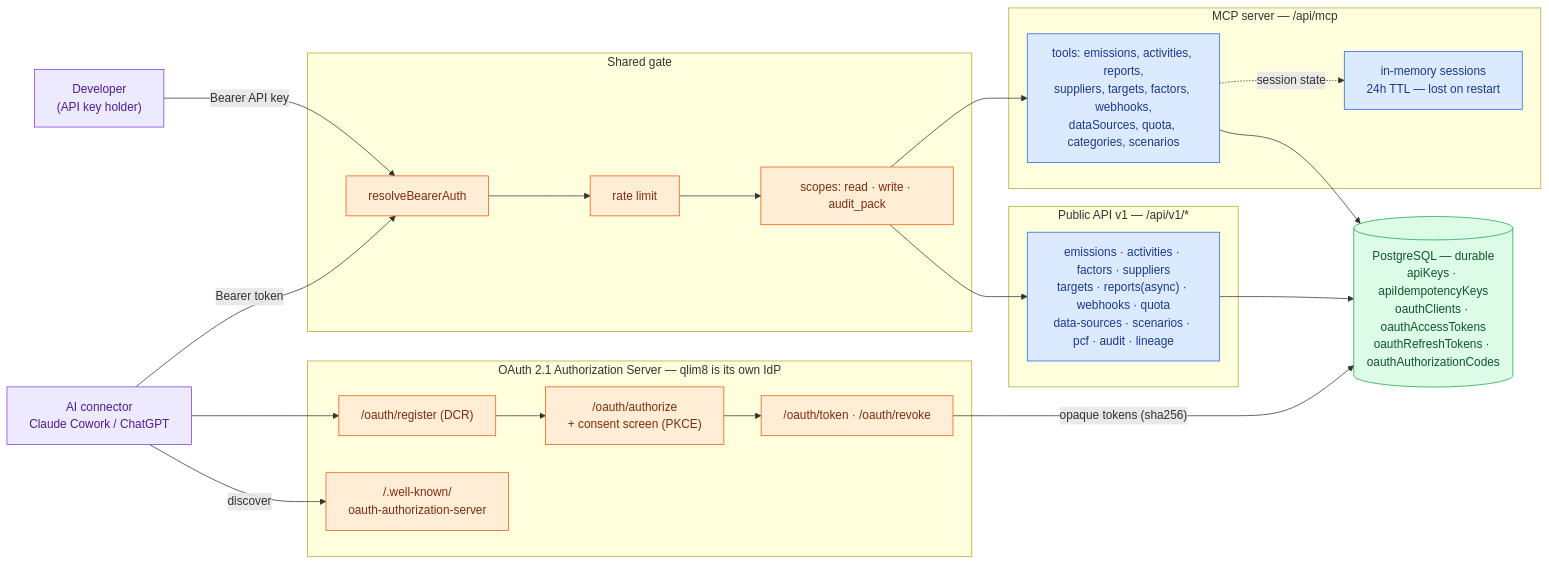
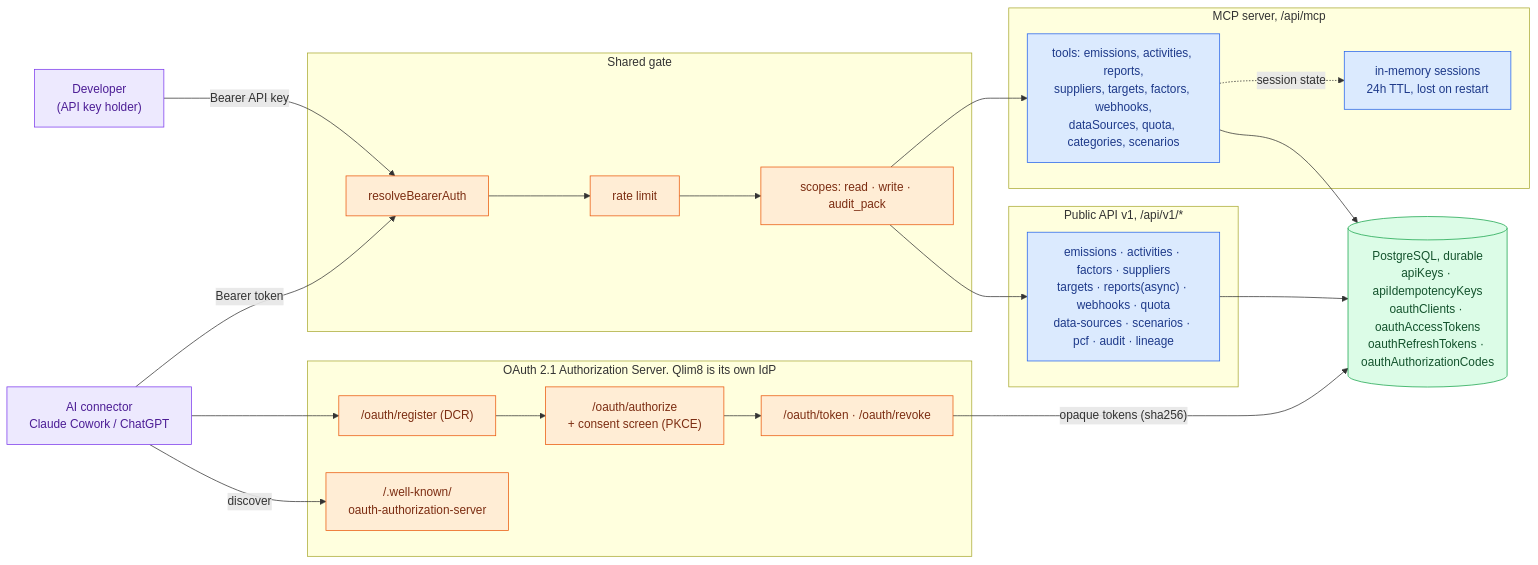
Before and after one commit to madsdlund-nielsen/qlim8-landing: the third of 12 diagrams in docs/da/architecture/system-architecture.md, drawn with Mermaid. The commit also changed other lines of this file and 93 other files, not shown here.

````diff
--- a/docs/da/architecture/system-architecture.md
+++ b/docs/da/architecture/system-architecture.md
@@ -213,50 +213,50 @@
 ```mermaid
 flowchart LR
   dev["Developer<br/>(API key holder)"]
   connector["AI connector<br/>Claude Cowork / ChatGPT"]
 
-  subgraph as["OAuth 2.1 Authorization Server — qlim8 is its own IdP"]
+  subgraph as["OAuth 2.1 Authorization Server. Qlim8 is its own IdP"]
     disc["/.well-known/<br/>oauth-authorization-server"]
     reg["/oauth/register (DCR)"]
     authz["/oauth/authorize<br/>+ consent screen (PKCE)"]
     token["/oauth/token · /oauth/revoke"]
   end
 
   subgraph shared["Shared gate"]
     bearer["resolveBearerAuth"]
     rl["rate limit"]
     scopes["scopes: read · write · audit_pack"]
   end
 
-  subgraph v1["Public API v1 — /api/v1/*"]
+  subgraph v1["Public API v1, /api/v1/*"]
     v1r["emissions · activities · factors · suppliers<br/>targets · reports(async) · webhooks · quota<br/>data-sources · scenarios · pcf · audit · lineage"]
   end
 
-  subgraph mcp["MCP server — /api/mcp"]
+  subgraph mcp["MCP server, /api/mcp"]
     mcptools["tools: emissions, activities, reports,<br/>suppliers, targets, factors, webhooks,<br/>dataSources, quota, categories, scenarios"]
-    mcpsess["in-memory sessions<br/>24h TTL — lost on restart"]
+    mcpsess["in-memory sessions<br/>24h TTL, lost on restart"]
   end
 
-  pg[("PostgreSQL — durable<br/>apiKeys · apiIdempotencyKeys<br/>oauthClients · oauthAccessTokens<br/>oauthRefreshTokens · oauthAuthorizationCodes")]
+  pg[("PostgreSQL, durable<br/>apiKeys · apiIdempotencyKeys<br/>oauthClients · oauthAccessTokens<br/>oauthRefreshTokens · oauthAuthorizationCodes")]
 
   dev -->|"Bearer API key"| bearer
   connector -->|discover| disc
   connector --> reg --> authz --> token
   token -->|"opaque tokens (sha256)"| pg
   connector -->|"Bearer token"| bearer
   bearer --> rl --> scopes
   scopes --> v1r
   scopes --> mcptools
   v1r --> pg
   mcptools --> pg
   mcptools -. session state .-> mcpsess
 
   classDef internal fill:#dbeafe,stroke:#2563eb,color:#1e3a8a;
   classDef store fill:#dcfce7,stroke:#16a34a,color:#14532d;
   classDef security fill:#ffedd5,stroke:#ea580c,color:#7c2d12;
   classDef persona fill:#ede9fe,stroke:#7c3aed,color:#4c1d95;
   class dev,connector persona;
   class disc,reg,authz,token,bearer,rl,scopes security;
   class v1r,mcptools,mcpsess internal;
   class pg store;
 ```
````
